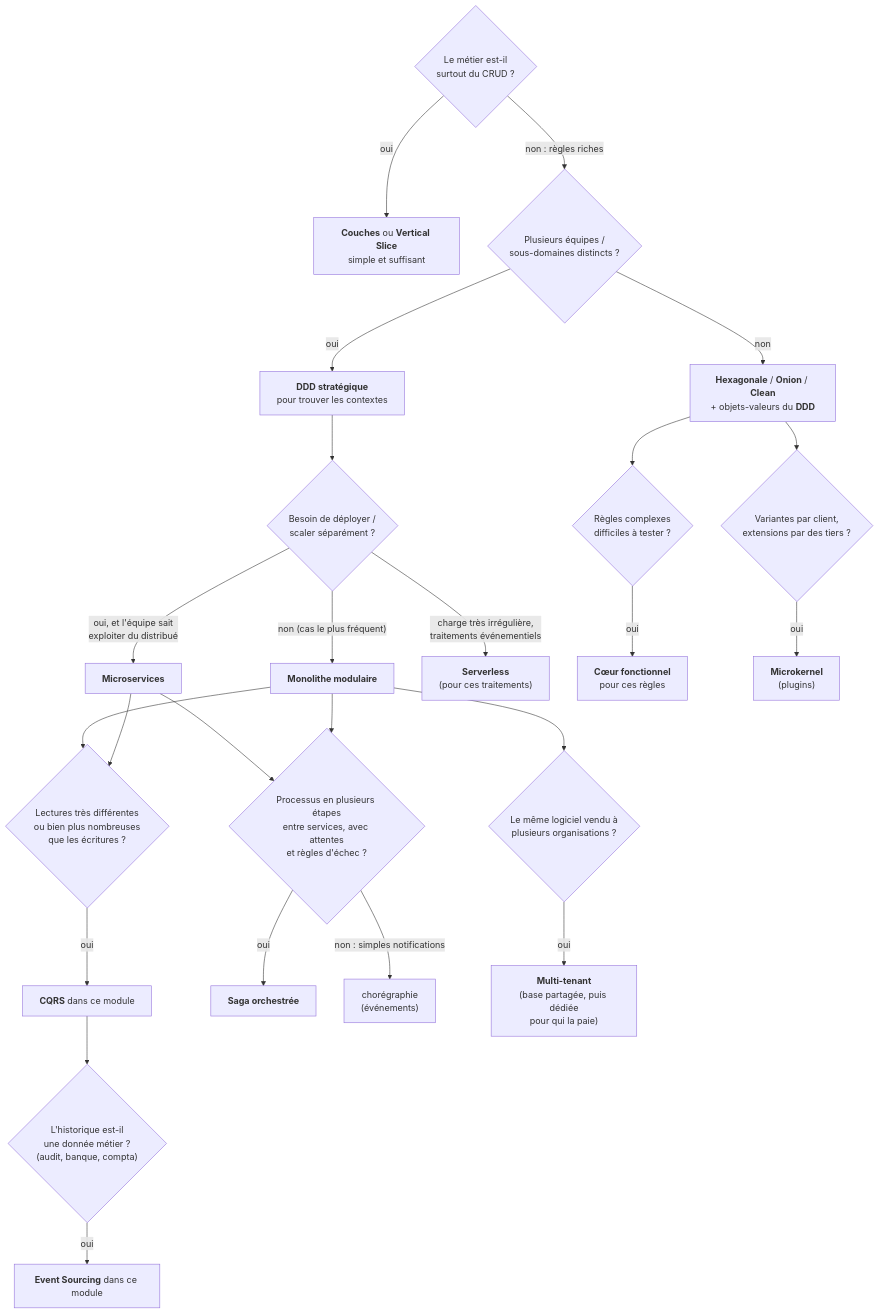
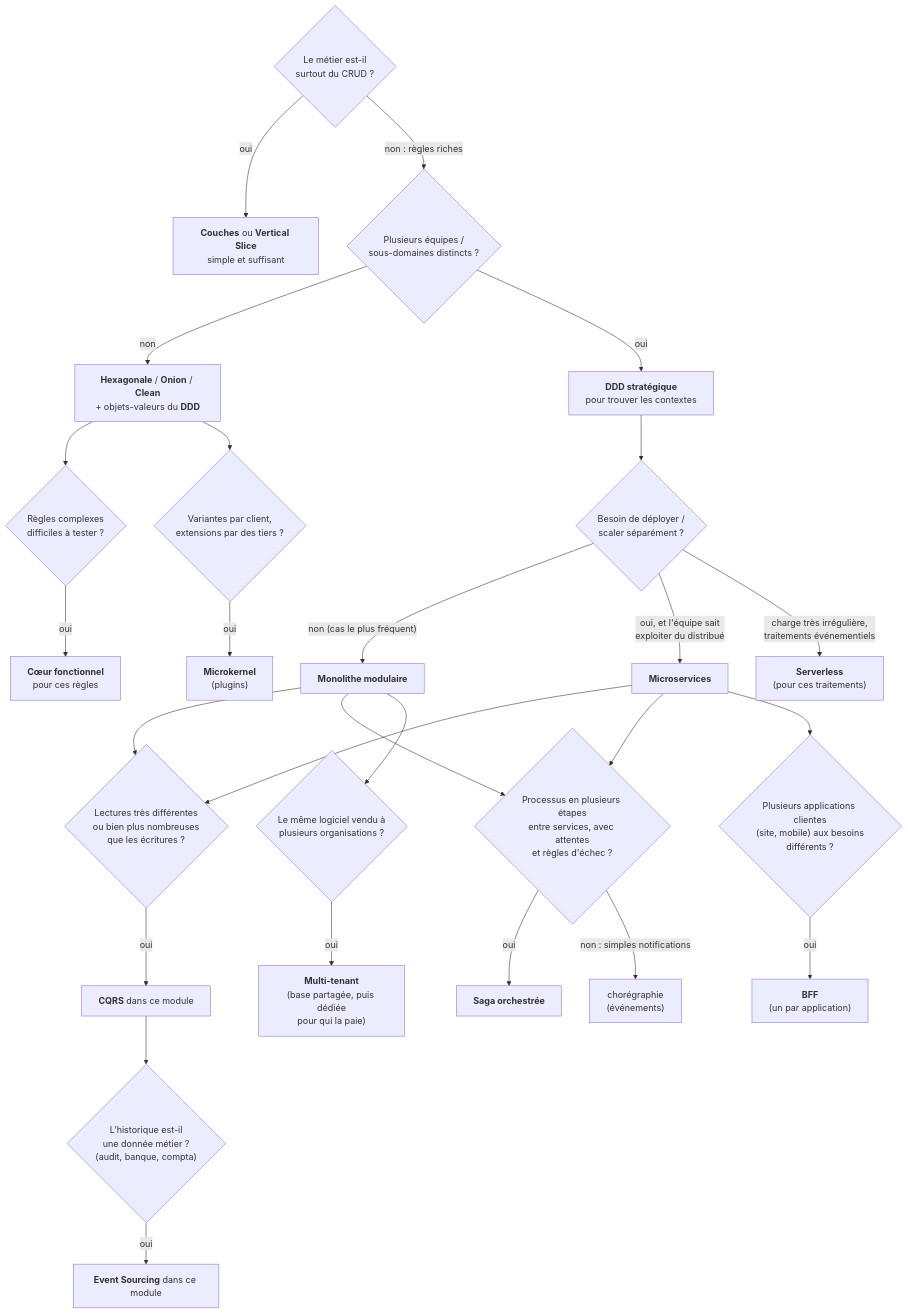
The third of 4 diagrams in Docs/README.md (drangoht/ArchitecturesDemo), drawn with Mermaid before and after one commit. The commit also changed other lines of this file and 34 other files, not shown here.

````diff
--- a/Docs/README.md
+++ b/Docs/README.md
@@ -104,26 +106,28 @@
 ```mermaid
 flowchart TD
     A{"Le métier est-il<br/>surtout du CRUD ?"} -->|oui| B["<b>Couches</b> ou <b>Vertical Slice</b><br/>simple et suffisant"]
     A -->|"non : règles riches"| C{"Plusieurs équipes /<br/>sous-domaines distincts ?"}
     C -->|non| D["<b>Hexagonale</b> / <b>Onion</b> / <b>Clean</b><br/>+ objets-valeurs du <b>DDD</b>"]
     C -->|oui| E["<b>DDD stratégique</b><br/>pour trouver les contextes"]
     E --> F{"Besoin de déployer /<br/>scaler séparément ?"}
     F -->|"non (cas le plus fréquent)"| G["<b>Monolithe modulaire</b>"]
     F -->|"oui, et l'équipe sait<br/>exploiter du distribué"| H["<b>Microservices</b>"]
     F -->|"charge très irrégulière,<br/>traitements événementiels"| S["<b>Serverless</b><br/>(pour ces traitements)"]
     G --> I{"Lectures très différentes<br/>ou bien plus nombreuses<br/>que les écritures ?"}
     H --> I
     I -->|oui| J["<b>CQRS</b> dans ce module"]
     J --> K{"L'historique est-il<br/>une donnée métier ?<br/>(audit, banque, compta)"}
     K -->|oui| L["<b>Event Sourcing</b> dans ce module"]
     D --> M{"Règles complexes<br/>difficiles à tester ?"}
     M -->|oui| N["<b>Cœur fonctionnel</b><br/>pour ces règles"]
     D --> P{"Variantes par client,<br/>extensions par des tiers ?"}
     P -->|oui| Q["<b>Microkernel</b><br/>(plugins)"]
     H --> T{"Processus en plusieurs étapes<br/>entre services, avec attentes<br/>et règles d'échec ?"}
     G --> T
     T -->|oui| U["<b>Saga orchestrée</b>"]
     T -->|"non : simples notifications"| V["chorégraphie<br/>(événements)"]
     G --> W{"Le même logiciel vendu à<br/>plusieurs organisations ?"}
     W -->|oui| X["<b>Multi-tenant</b><br/>(base partagée, puis dédiée<br/>pour qui la paie)"]
+    H --> Y{"Plusieurs applications clientes<br/>(site, mobile) aux besoins<br/>différents ?"}
+    Y -->|oui| Z["<b>BFF</b><br/>(un par application)"]
 ```
````
